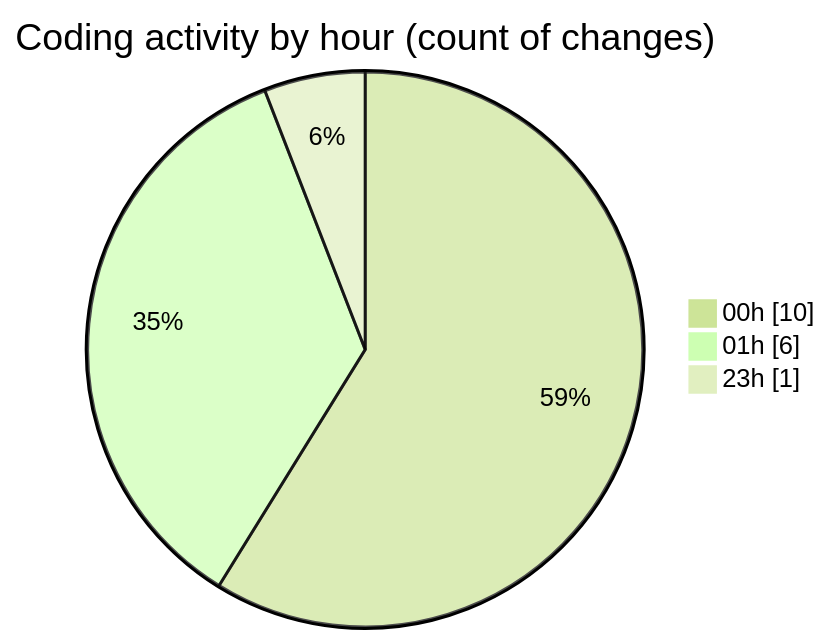
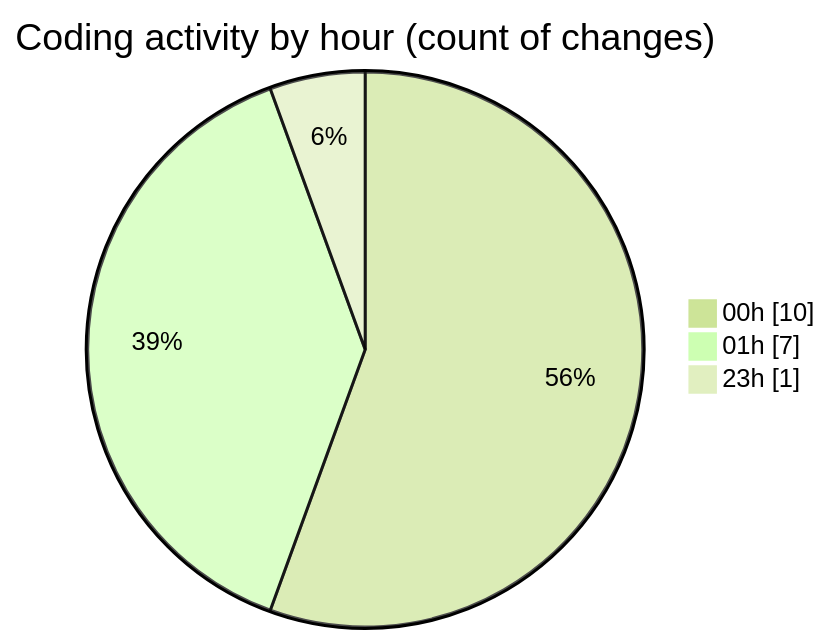
The second of 2 diagrams in 2026-02-09/singularitybrainai/README.md (tmsrecording-cyber/code-tracking), drawn with Mermaid (forest theme) before and after one commit. The commit also changed other lines of this file and 1 other file, not shown here.

````diff
--- a/2026-02-09/singularitybrainai/README.md
+++ b/2026-02-09/singularitybrainai/README.md
@@ -29,7 +29,7 @@
 ```mermaid
 pie showData
 title Coding activity by hour (count of changes)
 "00h" : 10
-"01h" : 6
+"01h" : 7
 "23h" : 1
 ```
````
